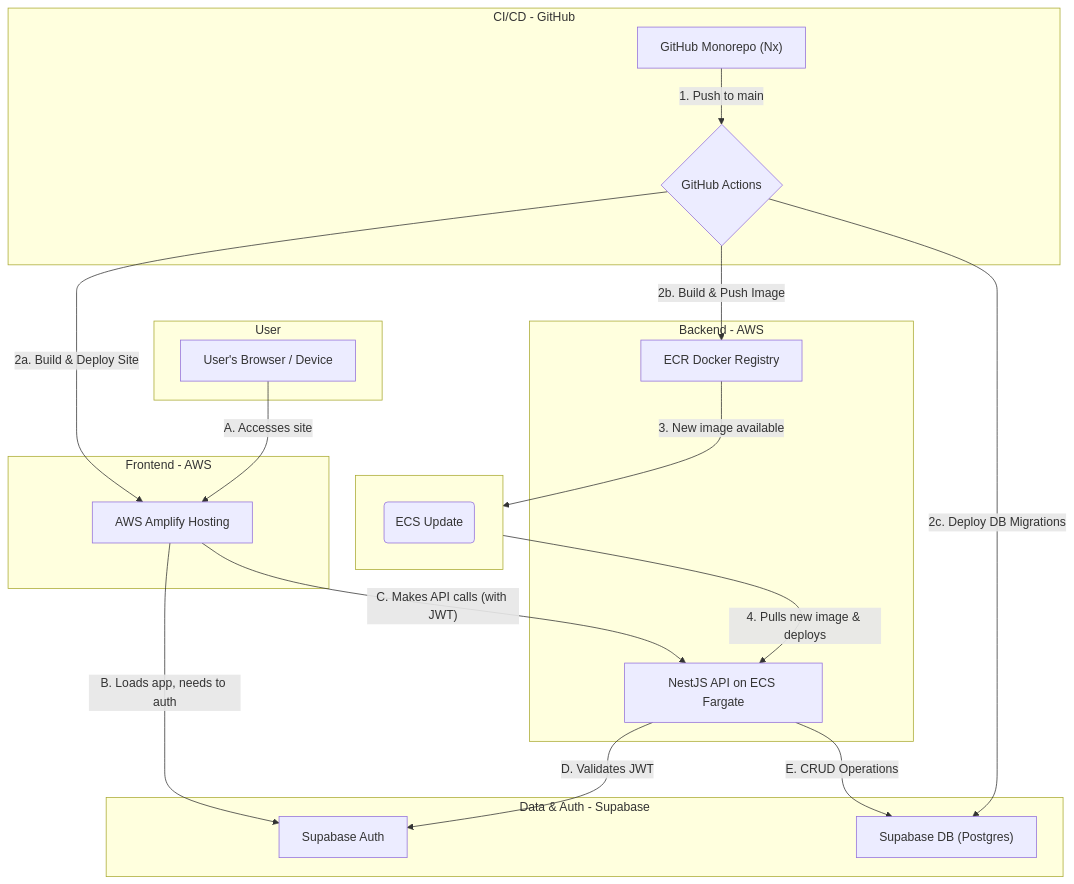
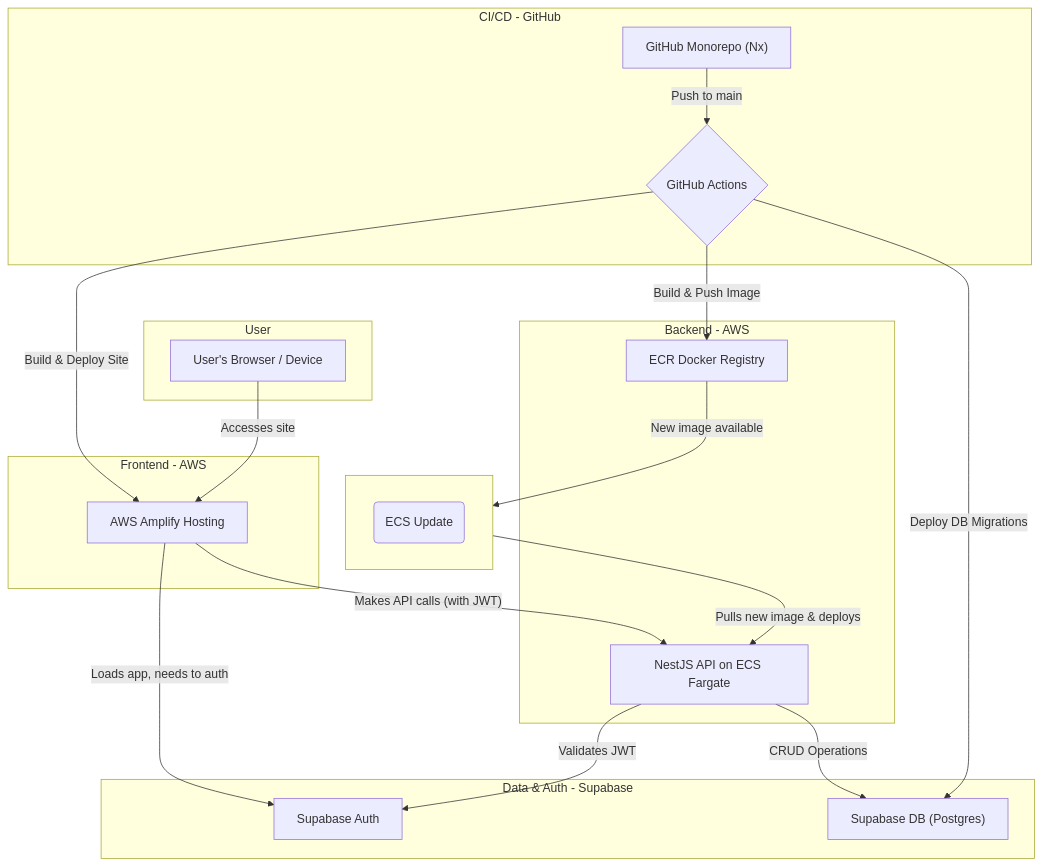
Before and after one commit to jakubkalinowski97/autonote: the diagram in System_Architecture.md, drawn with Mermaid.

Commit message:
Refine system architecture diagram for clarity and consistency
- Updated the System_Architecture.md file to improve the clarity of the architecture diagram by removing unnecessary prefixes in flow descriptions.
- Enhanced readability by standardizing the phrasing of user flow, backend flow, and deployment flow interactions.

````diff
--- a/System_Architecture.md
+++ b/System_Architecture.md
@@ -19,45 +19,45 @@
 ```mermaid
 graph TD
     subgraph "User"
         U["User's Browser / Device"]
     end
 
     subgraph "CI/CD - GitHub"
-        Repo["GitHub Monorepo (Nx)"] -- "1. Push to main" --> Actions{"GitHub Actions"}
+        Repo["GitHub Monorepo (Nx)"] -- "Push to main" --> Actions{"GitHub Actions"}
     end
 
     subgraph "Frontend - AWS"
         Amplify["AWS Amplify Hosting"]
     end
 
     subgraph "Backend - AWS"
         ECS["NestJS API on ECS Fargate"]
         ECR["ECR Docker Registry"]
     end
 
     subgraph "Data & Auth - Supabase"
         SupabaseDB["Supabase DB (Postgres)"]
         SupabaseAuth["Supabase Auth"]
     end
 
     %% User Flow
-    U -- "A. Accesses site" --> Amplify
-    Amplify -- "B. Loads app, needs to auth" --> SupabaseAuth
-    Amplify -- "C. Makes API calls (with JWT)" --> ECS
+    U -- "Accesses site" --> Amplify
+    Amplify -- "Loads app, needs to auth" --> SupabaseAuth
+    Amplify -- "Makes API calls (with JWT)" --> ECS
 
     %% Backend Flow
-    ECS -- "D. Validates JWT" --> SupabaseAuth
-    ECS -- "E. CRUD Operations" --> SupabaseDB
+    ECS -- "Validates JWT" --> SupabaseAuth
+    ECS -- "CRUD Operations" --> SupabaseDB
 
     %% Deployment Flow
-    Actions -- "2a. Build & Deploy Site" --> Amplify
-    Actions -- "2b. Build & Push Image" --> ECR
-    Actions -- "2c. Deploy DB Migrations" --> SupabaseDB
+    Actions -- "Build & Deploy Site" --> Amplify
+    Actions -- "Build & Push Image" --> ECR
+    Actions -- "Deploy DB Migrations" --> SupabaseDB
     
-    ECR -- "3. New image available" --> ECS_Event
+    ECR -- "New image available" --> ECS_Event
     subgraph " "
       direction LR
       ECS_Event(ECS Update)
     end
-    ECS_Event -- "4. Pulls new image & deploys" --> ECS
+    ECS_Event -- "Pulls new image & deploys" --> ECS
 ```
````
